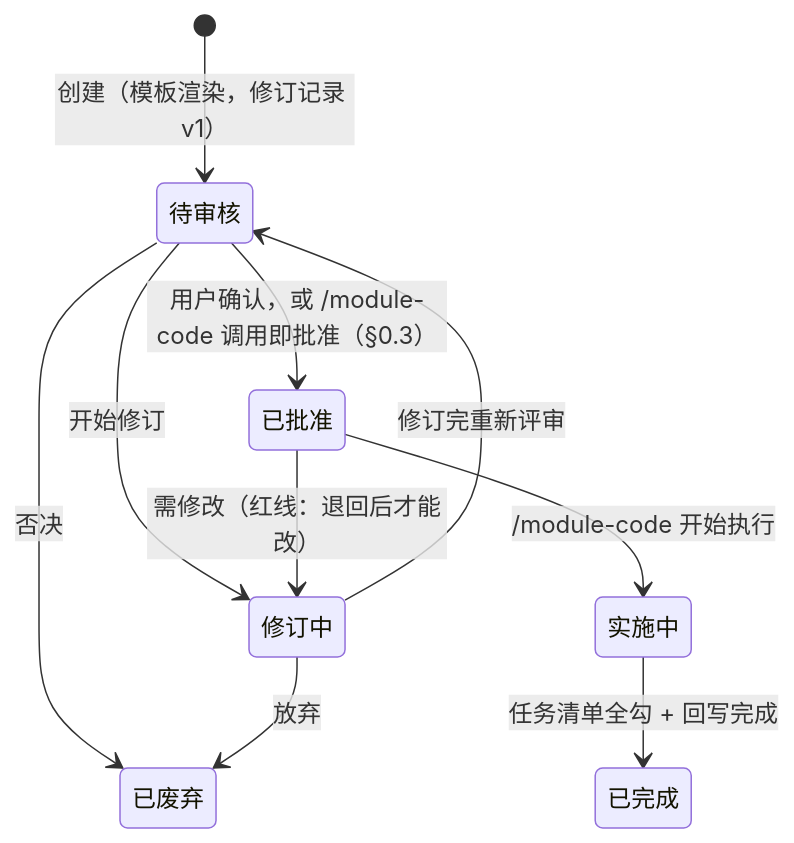
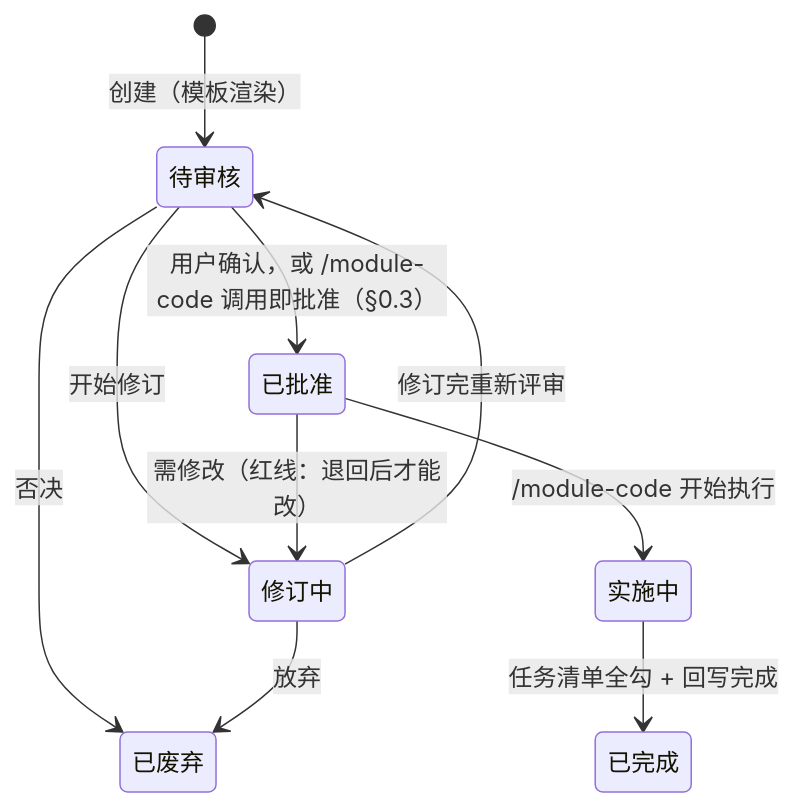
The second of 3 diagrams in docs/设计文档.md (knight-peter/doc-framework), drawn with Mermaid before and after one commit. The commit also changed other lines of this file and 17 other files, not shown here.

````diff
--- a/docs/设计文档.md
+++ b/docs/设计文档.md
@@ -186,12 +186,12 @@
 ```mermaid
 stateDiagram-v2
-    [*] --> 待审核: 创建（模板渲染，修订记录 v1）
+    [*] --> 待审核: 创建（模板渲染）
     待审核 --> 修订中: 开始修订
     修订中 --> 待审核: 修订完重新评审
     待审核 --> 已批准: 用户确认，或 /module-code 调用即批准（§0.3）
     已批准 --> 修订中: 需修改（红线：退回后才能改）
     已批准 --> 实施中: /module-code 开始执行
     实施中 --> 已完成: 任务清单全勾 + 回写完成
     待审核 --> 已废弃: 否决
     修订中 --> 已废弃: 放弃
 ```
````
